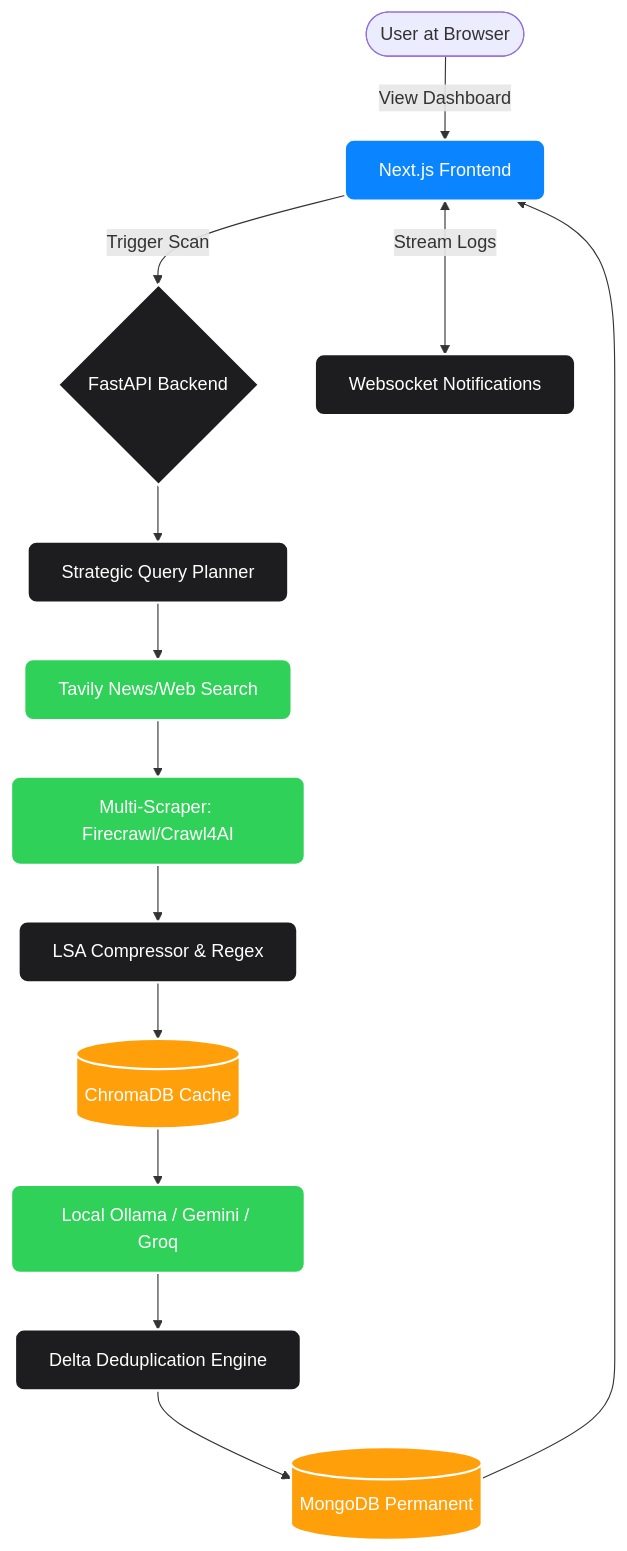
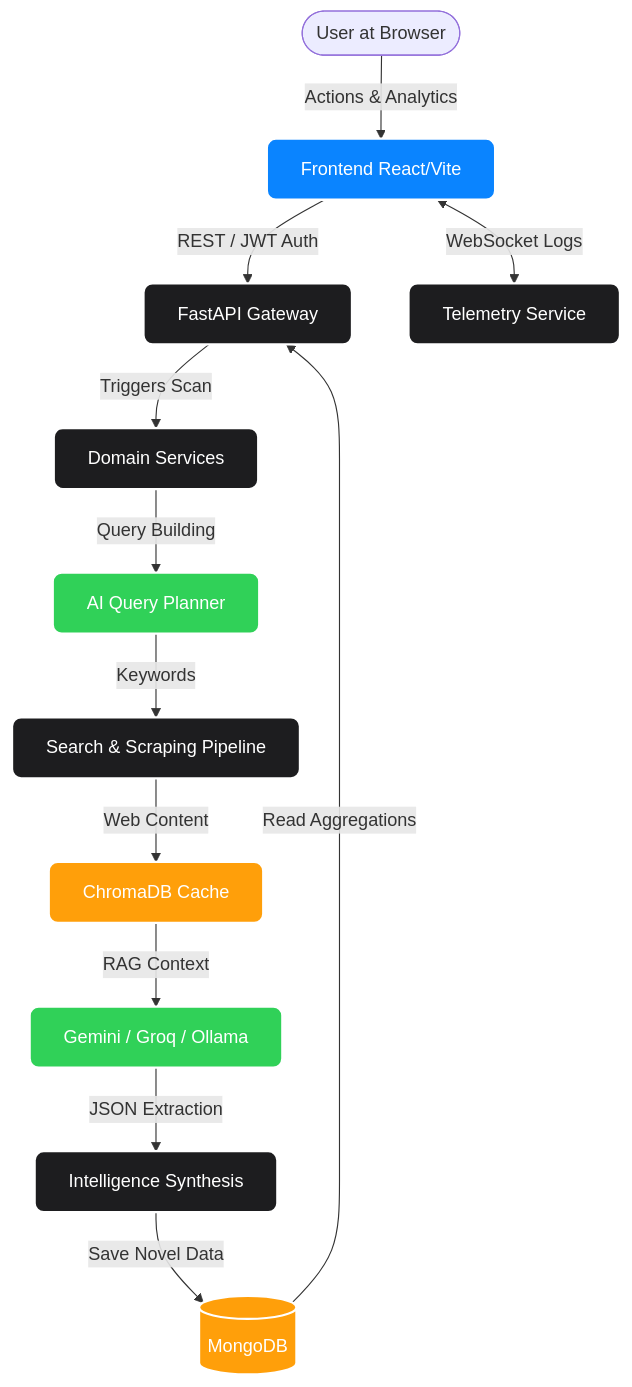
The diagram in README.md (Deepukumar12/Market_Scout_Agent_Final), drawn with Mermaid before and after one commit. The commit also changed other lines of this file, not shown here.

````diff
--- a/README.md
+++ b/README.md
@@ -52,25 +87,23 @@
 ```mermaid
 graph TD
-    %% Colors
     classDef client fill:#0A84FF,stroke:#fff,stroke-width:2px,color:#fff,rx:8px,ry:8px;
     classDef processing fill:#1D1D1F,stroke:#fff,stroke-width:2px,color:#fff,rx:8px,ry:8px;
     classDef ai fill:#30D158,stroke:#fff,stroke-width:2px,color:#fff,rx:8px,ry:8px;
     classDef db fill:#FF9F0A,stroke:#fff,stroke-width:2px,color:#fff,rx:8px,ry:8px;
 
-    User([User at Browser]) -->|View Dashboard| UI[Next.js Frontend]:::client
-    UI -->|Trigger Scan| Gateway{FastAPI Backend}:::processing
-    UI <-->|Stream Logs| Websockets[Websocket Notifications]:::processing
+    User([User at Browser]) -->|Actions & Analytics| UI[Frontend React/Vite]:::client
+    UI -->|REST / JWT Auth| API[FastAPI Gateway]:::processing
+    UI <-->|WebSocket Logs| WS[Telemetry Service]:::processing
 
-    Gateway --> Planner[Strategic Query Planner]:::processing
-    Planner --> Search[Tavily News/Web Search]:::ai
-    Search --> Scraper[Multi-Scraper: Firecrawl/Crawl4AI]:::ai
+    API -->|Triggers Scan| BusinessLogic[Domain Services]:::processing
+    BusinessLogic -->|Query Building| Planner[AI Query Planner]:::ai
     
-    Scraper --> Clean[LSA Compressor & Regex]:::processing
-    Clean --> Chroma[(ChromaDB Cache)]:::db
+    Planner -->|Keywords| DataPipe[Search & Scraping Pipeline]:::processing
+    DataPipe -->|Web Content| Compress[ChromaDB Cache]:::db
     
-    Chroma --> LLM[Local Ollama / Gemini / Groq]:::ai
-    LLM --> Delta[Delta Deduplication Engine]:::processing
-    Delta --> MongoDB[(MongoDB Permanent)]:::db
+    Compress -->|RAG Context| LLM[Gemini / Groq / Ollama]:::ai
+    LLM -->|JSON Extraction| Intel[Intelligence Synthesis]:::processing
     
-    MongoDB --> UI
+    Intel -->|Save Novel Data| DB[(MongoDB)]:::db
+    DB -->|Read Aggregations| API
 ```
````
